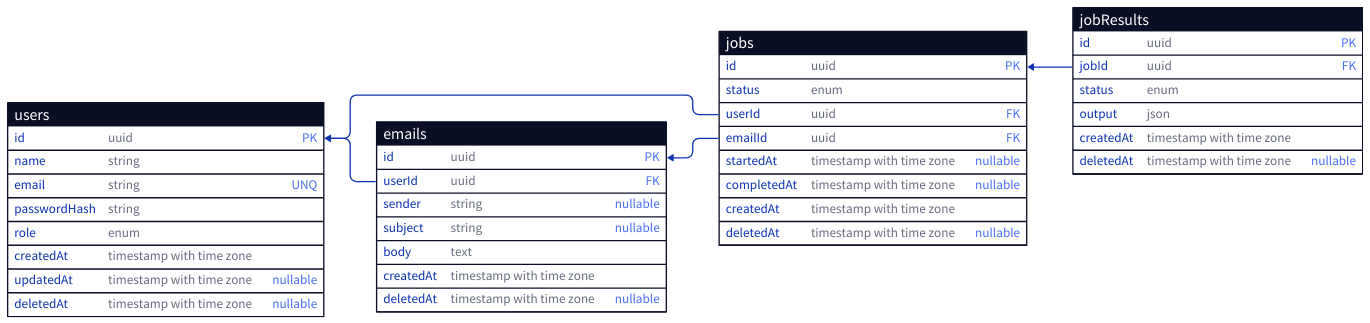
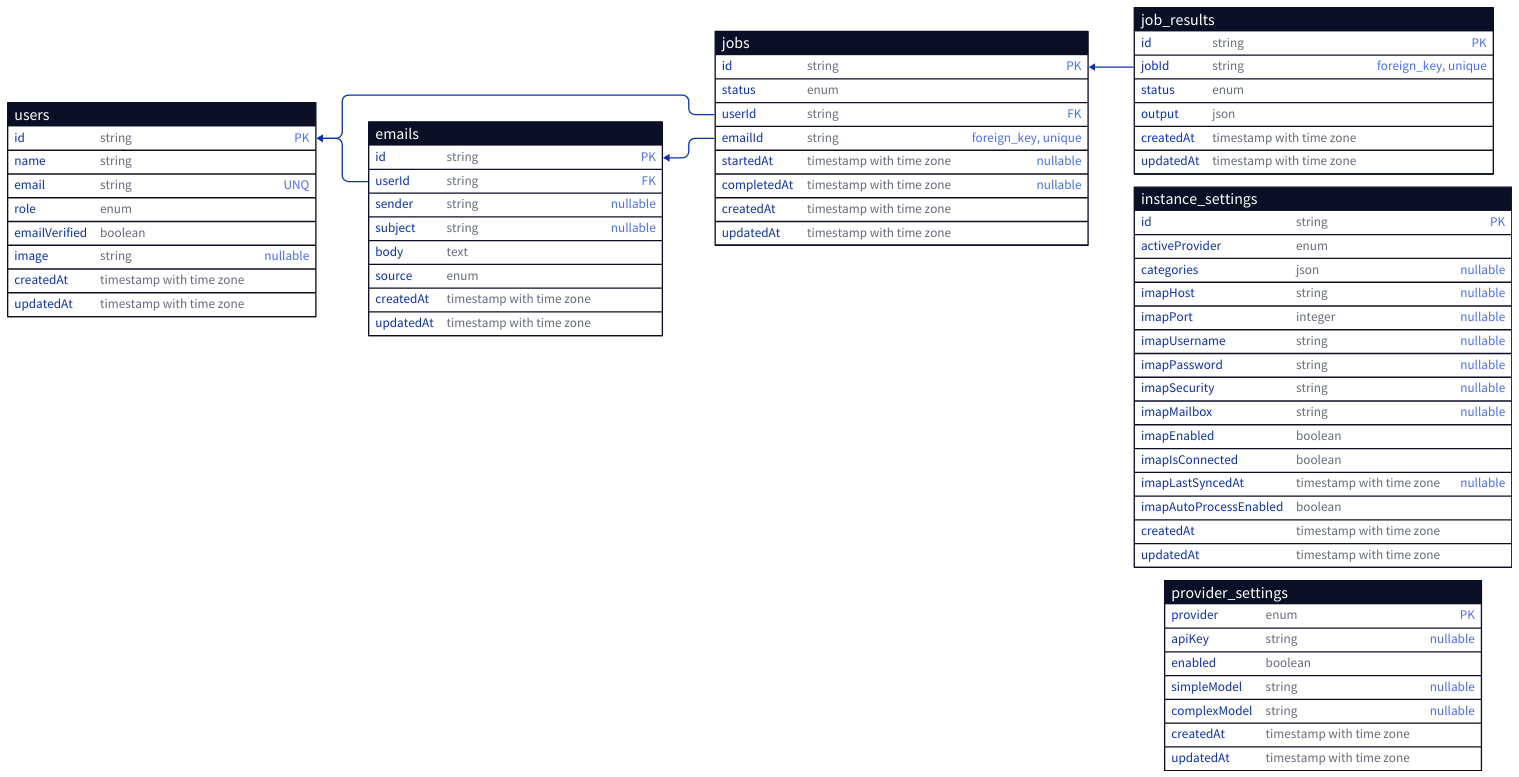
The diagram in wiki/assets/database_schema.d2 (SE-UUlm/sieve), drawn with D2 before and after one commit. The commit also changed 1 other file, not shown here.

Commit message:
chore: update d2 database schema

```diff
--- a/wiki/assets/database_schema.d2
+++ b/wiki/assets/database_schema.d2
@@ -1,71 +1,94 @@
 vars: {
   d2-config: {
     layout-engine: elk
   }
 }
 
 users: {
   shape: sql_table
 
-  id: uuid {constraint: primary_key}
+  id: string {constraint: primary_key}
   name: string
   email: string {constraint: unique}
-  passwordHash: string
   role: enum
+  emailVerified: boolean
+  image: string {constraint: nullable}
+  createdAt: timestamp with time zone
+  updatedAt: timestamp with time zone
+}
 
-  # Metadata
+emails: {
+  shape: sql_table
+
+  id: string {constraint: primary_key}
+  userId: string {constraint: foreign_key}
+  sender: string {constraint: nullable}
+  subject: string {constraint: nullable}
+  body: text
+  source: enum
   createdAt: timestamp with time zone
-  updatedAt: timestamp with time zone {constraint: nullable}
-  deletedAt: timestamp with time zone {constraint: nullable}
+  updatedAt: timestamp with time zone
 }
 
 jobs: {
   shape: sql_table
 
-  id: uuid {constraint: primary_key}
+  id: string {constraint: primary_key}
   status: enum
-  userId: uuid {constraint: foreign_key}
-  emailId: uuid {constraint: foreign_key}
+  userId: string {constraint: foreign_key}
+  emailId: string {constraint: foreign_key, unique}
   startedAt: timestamp with time zone {constraint: nullable}
   completedAt: timestamp with time zone {constraint: nullable}
-
-  # Metadata
   createdAt: timestamp with time zone
-  deletedAt: timestamp with time zone {constraint: nullable}
+  updatedAt: timestamp with time zone
 }
 
-jobResults: {
+job_results: {
   shape: sql_table
 
-  id: uuid {constraint: primary_key}
-  jobId: uuid {constraint: foreign_key}
+  id: string {constraint: primary_key}
+  jobId: string {constraint: foreign_key, unique}
   status: enum
   output: json
-
-  # Metadata
   createdAt: timestamp with time zone
-  deletedAt: timestamp with time zone {constraint: nullable}
+  updatedAt: timestamp with time zone
 }
 
-emails: {
+instance_settings: {
   shape: sql_table
 
-  id: uuid {constraint: primary_key}
-  userId: uuid {constraint: foreign_key}
-  sender: string {constraint: nullable}
-  subject: string {constraint: nullable}
-  body: text
+  id: string {constraint: primary_key}
+  activeProvider: enum
+  categories: json {constraint: nullable}
+  imapHost: string {constraint: nullable}
+  imapPort: integer {constraint: nullable}
+  imapUsername: string {constraint: nullable}
+  imapPassword: string {constraint: nullable}
+  imapSecurity: string {constraint: nullable}
+  imapMailbox: string {constraint: nullable}
+  imapEnabled: boolean
+  imapIsConnected: boolean
+  imapLastSyncedAt: timestamp with time zone {constraint: nullable}
+  imapAutoProcessEnabled: boolean
+  createdAt: timestamp with time zone
+  updatedAt: timestamp with time zone
+}
 
-  # Metadata
+provider_settings: {
+  shape: sql_table
+
+  provider: enum {constraint: primary_key}
+  apiKey: string {constraint: nullable}
+  enabled: boolean
+  simpleModel: string {constraint: nullable}
+  complexModel: string {constraint: nullable}
   createdAt: timestamp with time zone
-  deletedAt: timestamp with time zone {constraint: nullable}
+  updatedAt: timestamp with time zone
 }
 
 direction: left
 
+emails.userId -> users.id
 jobs.userId -> users.id
 jobs.emailId -> emails.id
-
-jobResults.jobId -> jobs.id
-
-emails.userId -> users.id
+job_results.jobId -> jobs.id
```
